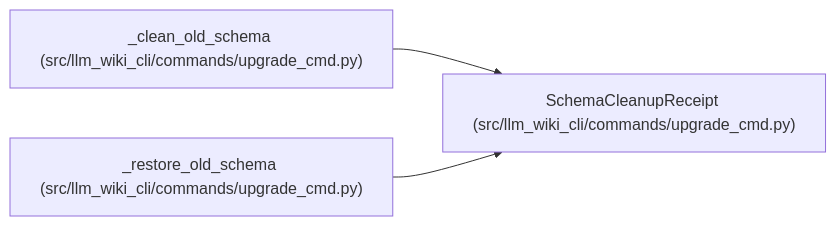
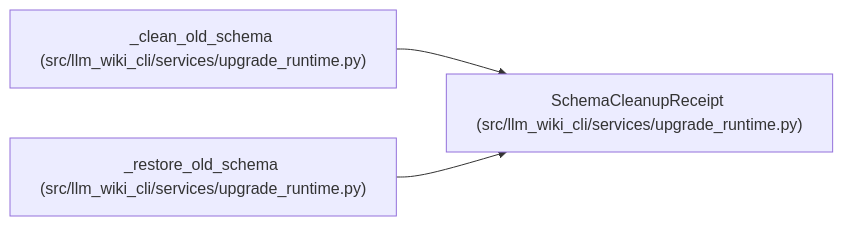
One commit to Denissvgn/python-wiki-llm changed the diagram in docs/llm_wiki/entities/SchemaCleanupReceipt.md. Above: the diagram before and after it, drawn with Mermaid. The commit also changed other lines of this file and 1555 other files, not shown here.

````diff
--- a/docs/llm_wiki/entities/SchemaCleanupReceipt.md
+++ b/docs/llm_wiki/entities/SchemaCleanupReceipt.md
@@ -29,11 +29,11 @@
 ```mermaid
 flowchart LR
-    n0["SchemaCleanupReceipt (src/llm_wiki_cli/commands/upgrade_cmd.py)"]
-    n1["_clean_old_schema (src/llm_wiki_cli/commands/upgrade_cmd.py)"]
-    n2["_restore_old_schema (src/llm_wiki_cli/commands/upgrade_cmd.py)"]
+    n0["SchemaCleanupReceipt (src/llm_wiki_cli/services/upgrade_runtime.py)"]
+    n1["_clean_old_schema (src/llm_wiki_cli/services/upgrade_runtime.py)"]
+    n2["_restore_old_schema (src/llm_wiki_cli/services/upgrade_runtime.py)"]
     n1 --> n0
     n2 --> n0
-    click n0 "../modules/upgrade_cmd.md"
-    click n1 "../modules/upgrade_cmd.md"
-    click n2 "../modules/upgrade_cmd.md"
+    click n0 "../modules/upgrade_runtime.md"
+    click n1 "../modules/upgrade_runtime.md"
+    click n2 "../modules/upgrade_runtime.md"
 ```
````
